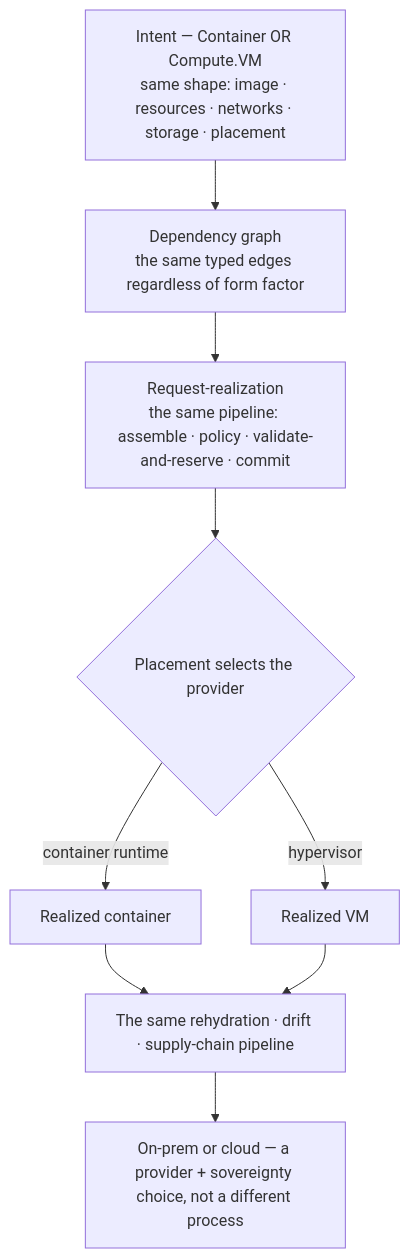
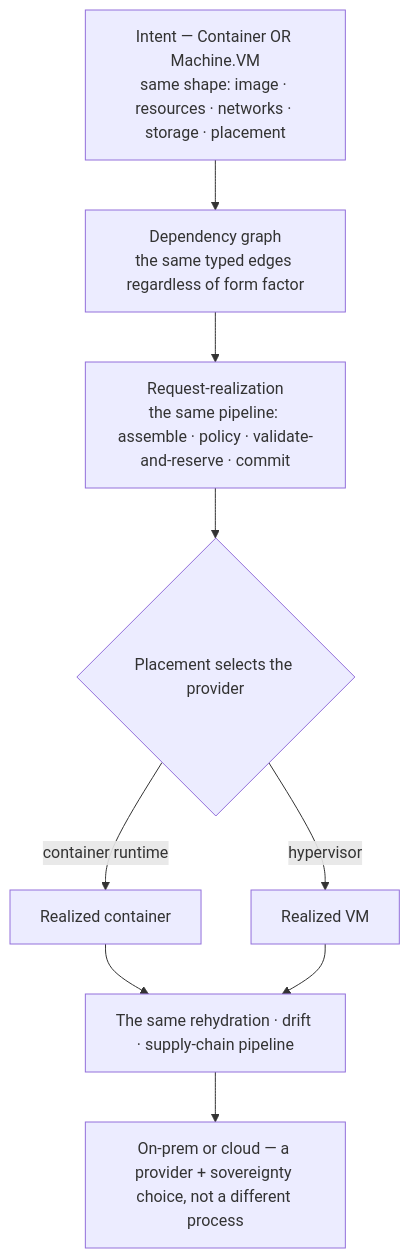
The diagram in docs/flows/container-lifecycle-uniformity.md (croadfeldt/udlm), drawn with Mermaid before and after one commit. The commit also changed other lines of this file and 194 other files, not shown here.

````diff
--- a/docs/flows/container-lifecycle-uniformity.md
+++ b/docs/flows/container-lifecycle-uniformity.md
@@ -21,11 +21,11 @@
 ```mermaid
 flowchart TD
-  INT["Intent — Container OR Compute.VM<br/>same shape: image · resources · networks · storage · placement"] --> GRAPH["Dependency graph<br/>the same typed edges regardless of form factor"]
+  INT["Intent — Container OR Machine.VM<br/>same shape: image · resources · networks · storage · placement"] --> GRAPH["Dependency graph<br/>the same typed edges regardless of form factor"]
   GRAPH --> PIPE["Request-realization<br/>the same pipeline: assemble · policy · validate-and-reserve · commit"]
   PIPE --> PROV{"Placement selects the provider"}
   PROV -->|container runtime| CONT["Realized container"]
   PROV -->|hypervisor| VMR["Realized VM"]
   CONT --> UNI["The same rehydration · drift · supply-chain pipeline"]
   VMR --> UNI
   UNI --> LOC["On-prem or cloud — a provider + sovereignty choice, not a different process"]
 ```
````
